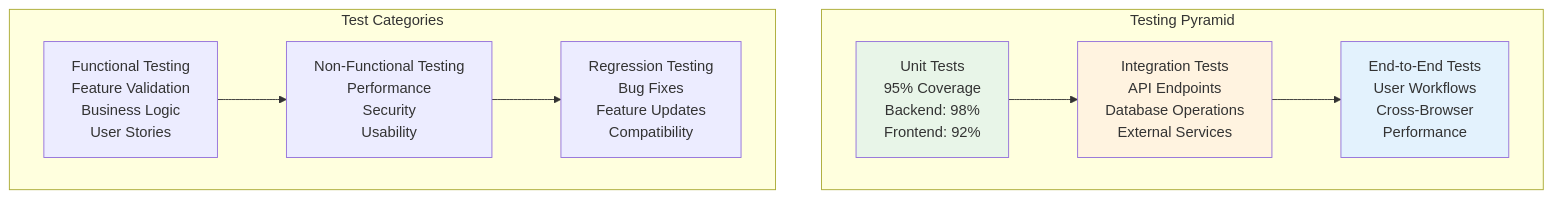
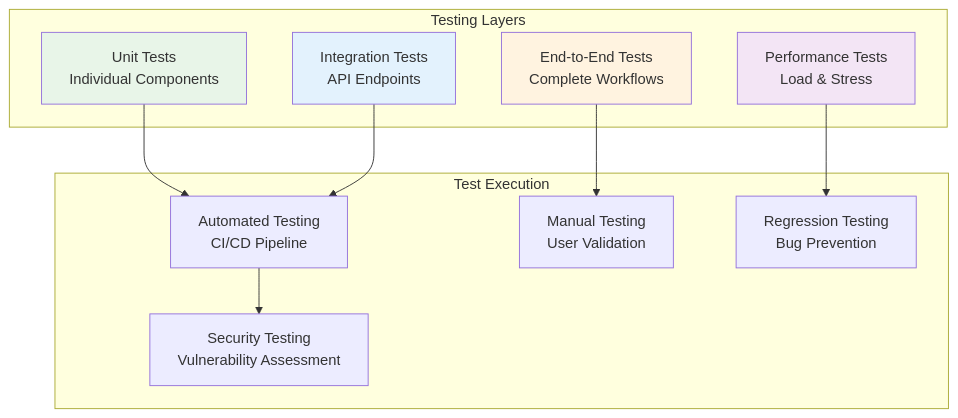
One commit to mg22mex/finalproject-mg changed the seventh of 11 diagrams in prompts-mg.md. Above: the diagram before and after it, drawn with Mermaid. The commit also changed other lines of this file and 61386 other files, not shown here.

````diff
--- a/prompts-mg.md
+++ b/prompts-mg.md
@@ -833,23 +711,27 @@
 ```mermaid
 graph TB
-    subgraph "Testing Pyramid"
-        A[Unit Tests<br/>95% Coverage<br/>Backend: 98%<br/>Frontend: 92%]
-        B[Integration Tests<br/>API Endpoints<br/>Database Operations<br/>External Services]
-        C[End-to-End Tests<br/>User Workflows<br/>Cross-Browser<br/>Performance]
+    subgraph "Testing Layers"
+        A[Unit Tests<br/>Individual Components]
+        B[Integration Tests<br/>API Endpoints]
+        C[End-to-End Tests<br/>Complete Workflows]
+        D[Performance Tests<br/>Load & Stress]
     end
     
-    subgraph "Test Categories"
-        D[Functional Testing<br/>Feature Validation<br/>Business Logic<br/>User Stories]
-        E[Non-Functional Testing<br/>Performance<br/>Security<br/>Usability]
-        F[Regression Testing<br/>Bug Fixes<br/>Feature Updates<br/>Compatibility]
+    subgraph "Test Execution"
+        E[Automated Testing<br/>CI/CD Pipeline]
+        F[Manual Testing<br/>User Validation]
+        G[Regression Testing<br/>Bug Prevention]
+        H[Security Testing<br/>Vulnerability Assessment]
     end
     
-    A --> B
-    B --> C
-    D --> E
-    E --> F
+    A --> E
+    B --> E
+    C --> F
+    D --> G
+    E --> H
     
     style A fill:#e8f5e8
-    style B fill:#fff3e0
-    style C fill:#e3f2fd
+    style B fill:#e3f2fd
+    style C fill:#fff3e0
+    style D fill:#f3e5f5
 ```
````
